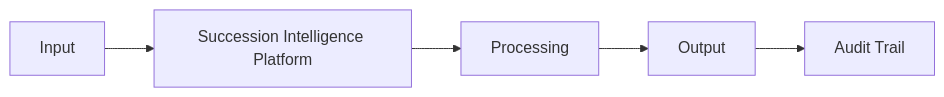
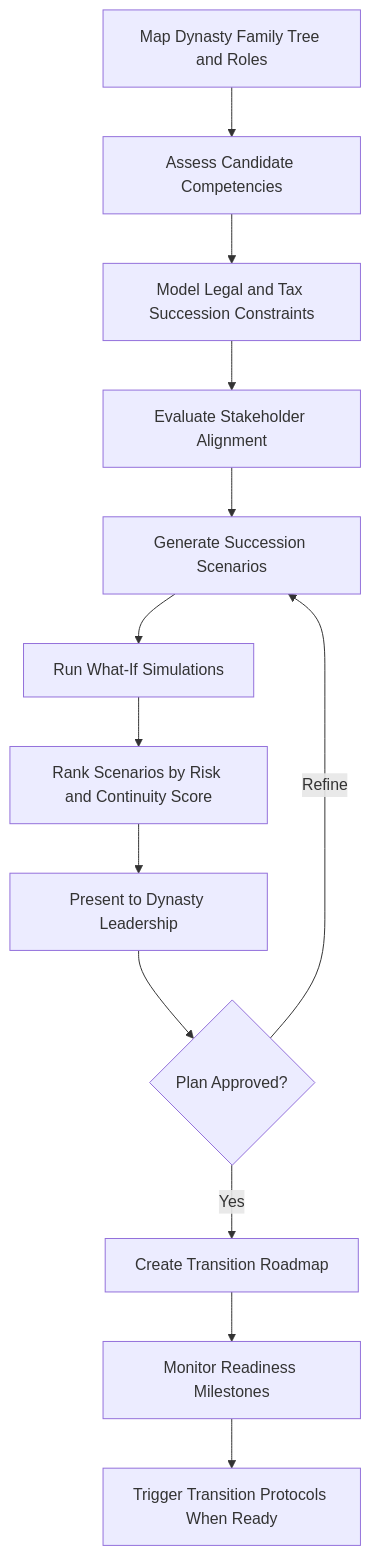
Before and after one commit to andrew-leo-2024/marketplace-docs: the diagram in docs/audiences/05-dynasties/succession-intelligence-platform.mdx, drawn with Mermaid. The commit also changed other lines of this file and 401 other files, not shown here.

````diff
--- a/docs/audiences/05-dynasties/succession-intelligence-platform.mdx
+++ b/docs/audiences/05-dynasties/succession-intelligence-platform.mdx
@@ -29,7 +35,15 @@
 ```mermaid
-graph LR
-    A[Input] --> B[Succession Intelligence Platform]
-    B --> C[Processing]
-    C --> D[Output]
-    D --> E[Audit Trail]
+graph TD
+    A[Map Dynasty Family Tree and Roles] --> B[Assess Candidate Competencies]
+    B --> C[Model Legal and Tax Succession Constraints]
+    C --> D[Evaluate Stakeholder Alignment]
+    D --> E[Generate Succession Scenarios]
+    E --> F[Run What-If Simulations]
+    F --> G[Rank Scenarios by Risk and Continuity Score]
+    G --> H[Present to Dynasty Leadership]
+    H --> I{Plan Approved?}
+    I -->|Yes| J[Create Transition Roadmap]
+    I -->|Refine| E
+    J --> K[Monitor Readiness Milestones]
+    K --> L[Trigger Transition Protocols When Ready]
 ```
````
